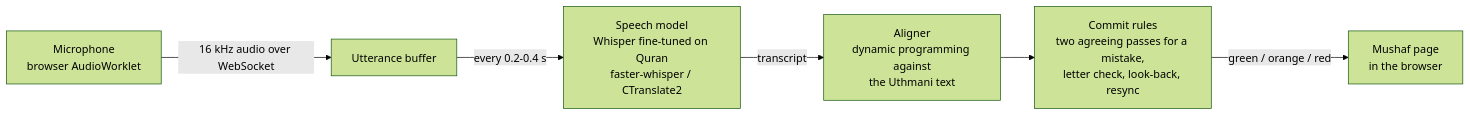
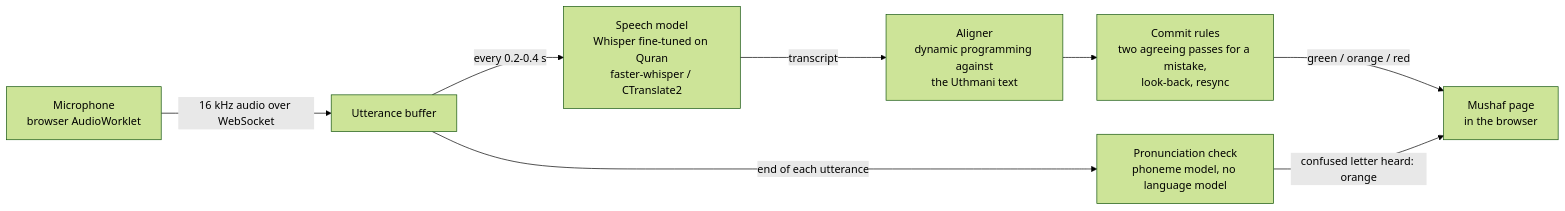
The diagram in README.md (KuraiKun07/quran-recitation-tracker), drawn with Mermaid (forest theme) before and after one commit. The commit also changed other lines of this file and 20 other files, not shown here.

First line of the commit message:
Pronunciation check: phoneme model re-checks each utterance (app 1.2.0-beta1)

````diff
--- a/README.md
+++ b/README.md
@@ -42,8 +43,10 @@
 ```mermaid
 flowchart LR
     Mic[Microphone<br/>browser AudioWorklet] -->|16 kHz audio over WebSocket| Buf[Utterance buffer]
     Buf -->|every 0.2-0.4 s| ASR[Speech model<br/>Whisper fine-tuned on Quran<br/>faster-whisper / CTranslate2]
     ASR -->|transcript| Align[Aligner<br/>dynamic programming against<br/>the Uthmani text]
-    Align --> Rules[Commit rules<br/>two agreeing passes for a mistake,<br/>letter check, look-back, resync]
+    Align --> Rules[Commit rules<br/>two agreeing passes for a mistake,<br/>look-back, resync]
     Rules -->|green / orange / red| Page[Mushaf page<br/>in the browser]
+    Buf -->|end of each utterance| Phone[Pronunciation check<br/>phoneme model, no language model]
+    Phone -->|confused letter heard: orange| Page
 ```
````
